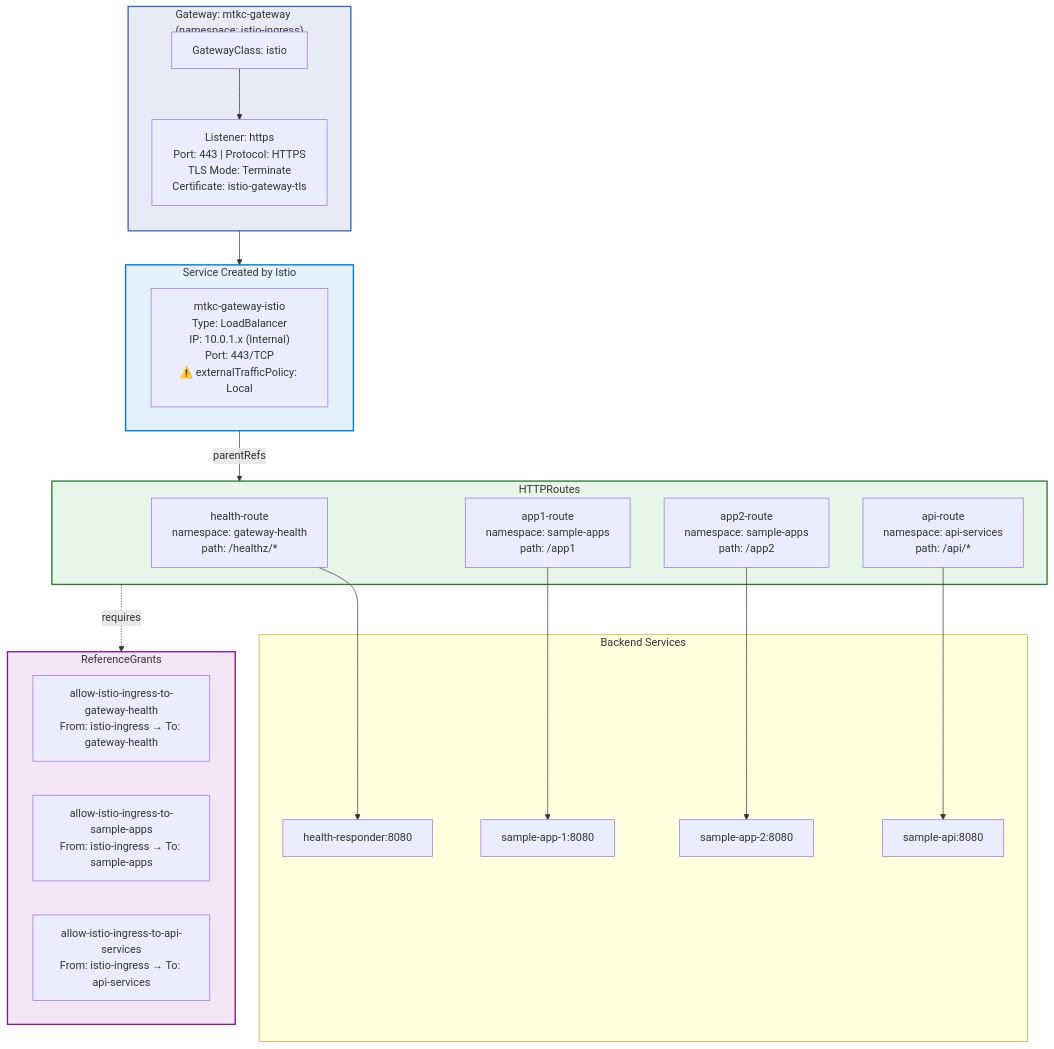
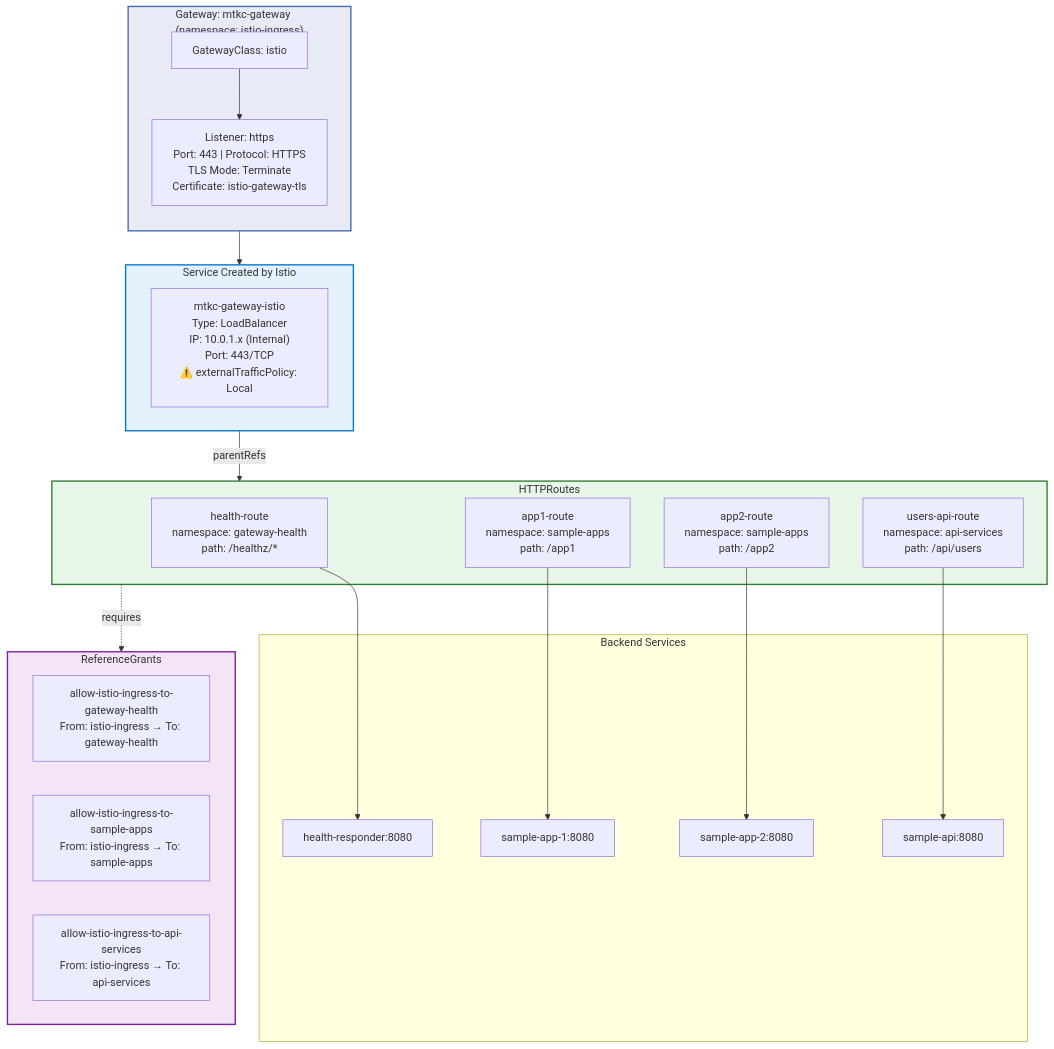
One commit to shanaka-versent/AKS-Istio-GatewayAPI-Demo changed the third of 9 diagrams in README.md. Above: the diagram before and after it, drawn with Mermaid. The commit also changed other lines of this file, not shown here.

First line of the commit message:
Update README to show specific API route /api/users

````diff
--- a/README.md
+++ b/README.md
@@ -195,51 +195,51 @@
 ```mermaid
 flowchart TB
     subgraph GW["Gateway: mtkc-gateway<br/>(namespace: istio-ingress)"]
         direction TB
         GWClass["GatewayClass: istio"]
         Listener["Listener: https<br/>Port: 443 | Protocol: HTTPS<br/>TLS Mode: Terminate<br/>Certificate: istio-gateway-tls"]
     end
 
     subgraph SVC["Service Created by Istio"]
         Service["mtkc-gateway-istio<br/>Type: LoadBalancer<br/>IP: 10.0.1.x (Internal)<br/>Port: 443/TCP<br/>⚠️ externalTrafficPolicy: Local"]
     end
 
     subgraph Routes["HTTPRoutes"]
         HR1["health-route<br/>namespace: gateway-health<br/>path: /healthz/*"]
         HR2["app1-route<br/>namespace: sample-apps<br/>path: /app1"]
         HR3["app2-route<br/>namespace: sample-apps<br/>path: /app2"]
-        HR4["api-route<br/>namespace: api-services<br/>path: /api/*"]
+        HR4["users-api-route<br/>namespace: api-services<br/>path: /api/users"]
     end
 
     subgraph Backends["Backend Services"]
         BE1["health-responder:8080"]
         BE2["sample-app-1:8080"]
         BE3["sample-app-2:8080"]
         BE4["sample-api:8080"]
     end
 
     subgraph Grants["ReferenceGrants"]
         RG1["allow-istio-ingress-to-gateway-health<br/>From: istio-ingress → To: gateway-health"]
         RG2["allow-istio-ingress-to-sample-apps<br/>From: istio-ingress → To: sample-apps"]
         RG3["allow-istio-ingress-to-api-services<br/>From: istio-ingress → To: api-services"]
     end
 
     GWClass --> Listener
     Listener --> SVC
     SVC -->|"parentRefs"| Routes
     HR1 --> BE1
     HR2 --> BE2
     HR3 --> BE3
     HR4 --> BE4
     Routes -.->|"requires"| Grants
 
     classDef gateway fill:#e8eaf6,stroke:#466bb0,stroke-width:2px,color:#333
     classDef service fill:#e3f2fd,stroke:#0078d4,stroke-width:2px,color:#333
     classDef routes fill:#e8f5e9,stroke:#2e7d32,stroke-width:2px,color:#333
     classDef grants fill:#f3e5f5,stroke:#7b1fa2,stroke-width:2px,color:#333
 
     class GW gateway
     class SVC service
     class Routes routes
     class Grants grants
 ```
````
